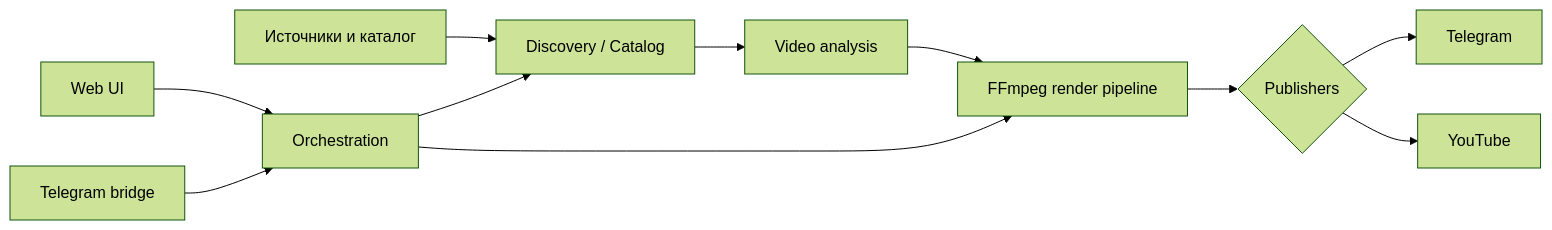
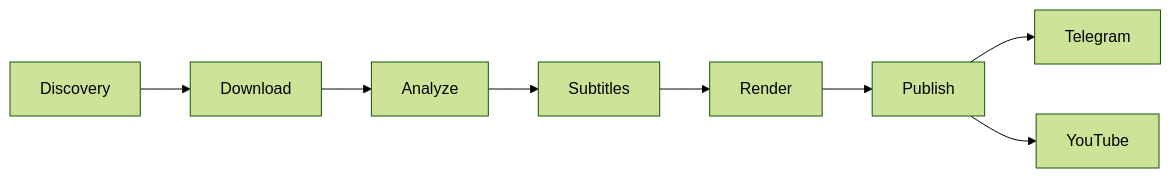
The first of 2 diagrams in docs/anime-factory.md (AndrMiAl/engineering-portfolio), drawn with Mermaid (forest theme) before and after one commit. The commit also changed other lines of this file and 33 other files, not shown here.

Commit message:
Расширить кейсы схемами и примерами кода

````diff
--- a/docs/anime-factory.md
+++ b/docs/anime-factory.md
@@ -21,13 +14,10 @@
 ```mermaid
 flowchart LR
-    S[Источники и каталог] --> C[Discovery / Catalog]
-    C --> A[Video analysis]
-    A --> R[FFmpeg render pipeline]
-    R --> P{Publishers}
-    P --> T[Telegram]
-    P --> Y[YouTube]
-    UI[Web UI] --> O[Orchestration]
-    TG[Telegram bridge] --> O
-    O --> C
-    O --> R
+    D[Discovery] --> DL[Download]
+    DL --> A[Analyze]
+    A --> S[Subtitles]
+    S --> R[Render]
+    R --> P[Publish]
+    P --> TG[Telegram]
+    P --> YT[YouTube]
 ```
````
